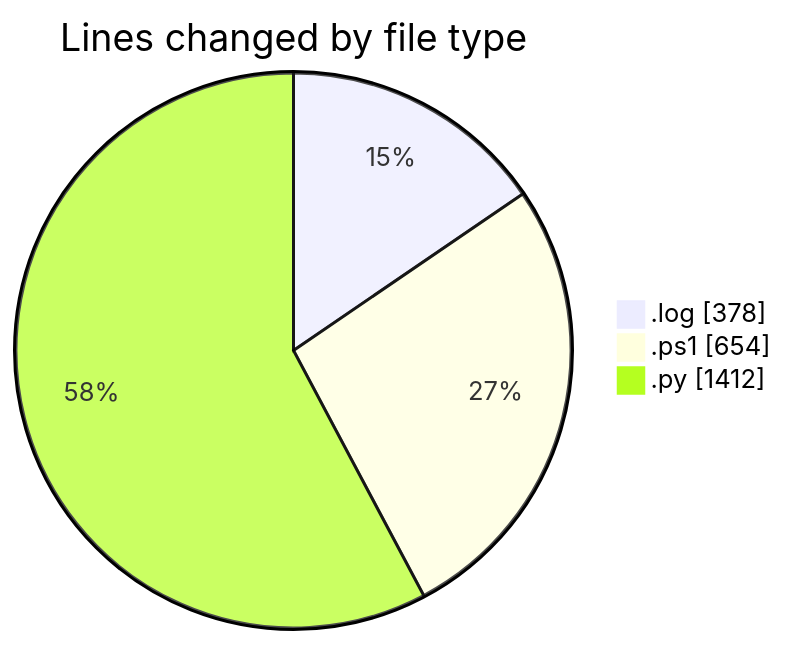
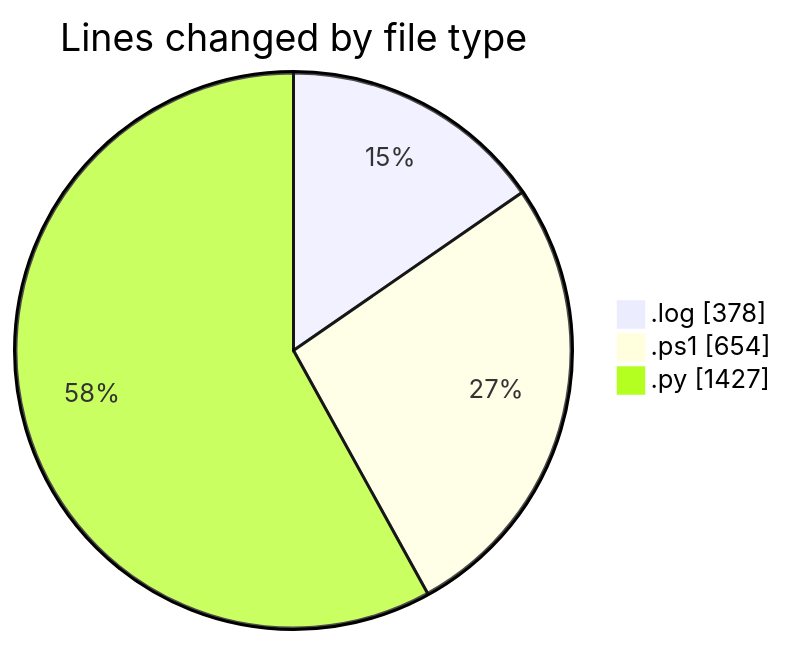
The first of 2 diagrams in 2026-07-08/twenty_versions_aminor/README.md (shibass792/code-tracking), drawn with Mermaid before and after one commit. The commit also changed other lines of this file and 1 other file, not shown here.

````diff
--- a/2026-07-08/twenty_versions_aminor/README.md
+++ b/2026-07-08/twenty_versions_aminor/README.md
@@ -23,7 +23,7 @@
 ```mermaid
 pie showData
 title Lines changed by file type
 ".log" : 378
 ".ps1" : 654
-".py" : 1412
+".py" : 1427
 ```
````
